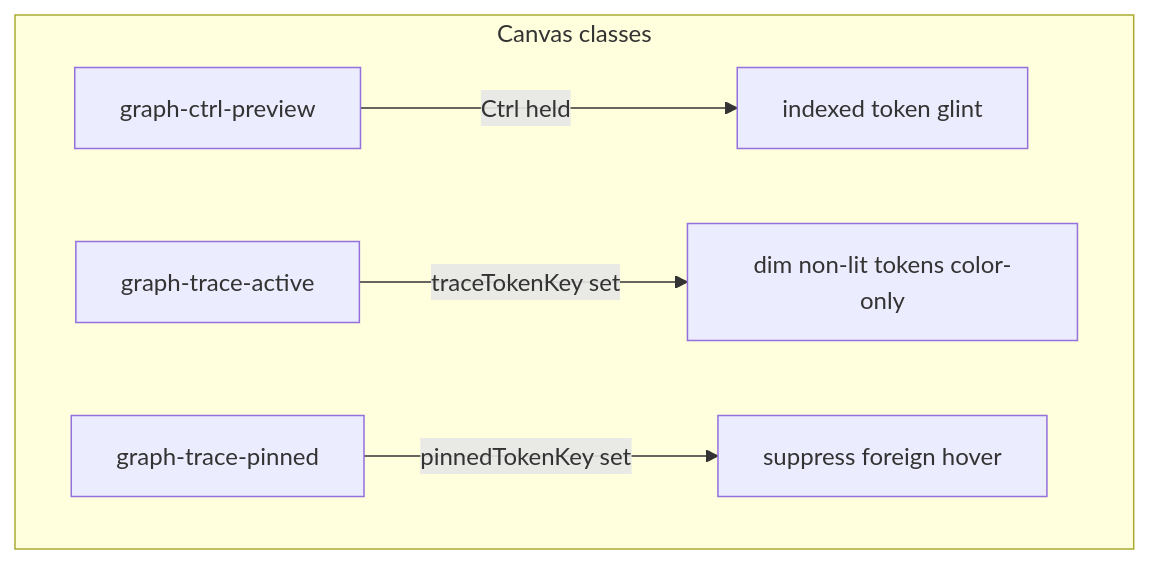
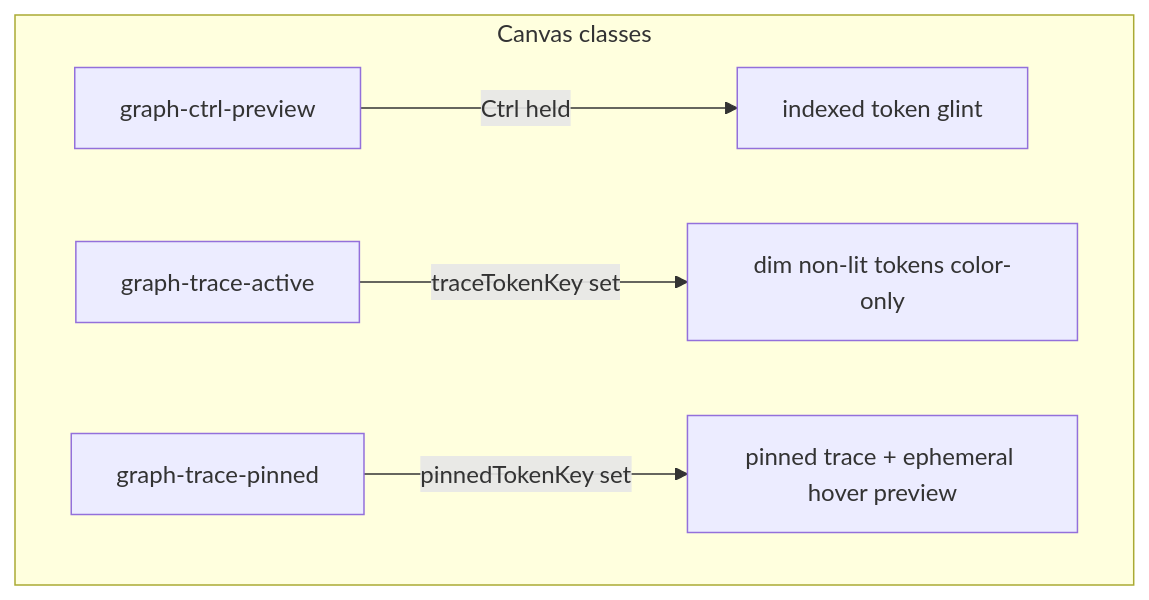
The eighth of 10 diagrams in docs/specs/system/preview-edges.interactions.supplement.md (matkleve/codegrapher), drawn with Mermaid before and after one commit. The commit also changed other lines of this file and 10 other files, not shown here.

First line of the commit message:
Refactor GraphInteractionContext and related components for improved hover and trace management

````diff
--- a/docs/specs/system/preview-edges.interactions.supplement.md
+++ b/docs/specs/system/preview-edges.interactions.supplement.md
@@ -206,8 +209,8 @@
 ```mermaid
 flowchart TB
   subgraph classes [Canvas classes]
     C[graph-ctrl-preview] -->|Ctrl held| Shimmer[indexed token glint]
     T[graph-trace-active] -->|traceTokenKey set| Dim[dim non-lit tokens color-only]
-    P[graph-trace-pinned] -->|pinnedTokenKey set| Lock[suppress foreign hover]
+    P[graph-trace-pinned] -->|pinnedTokenKey set| Pin[pinned trace + ephemeral hover preview]
   end
 ```
````
